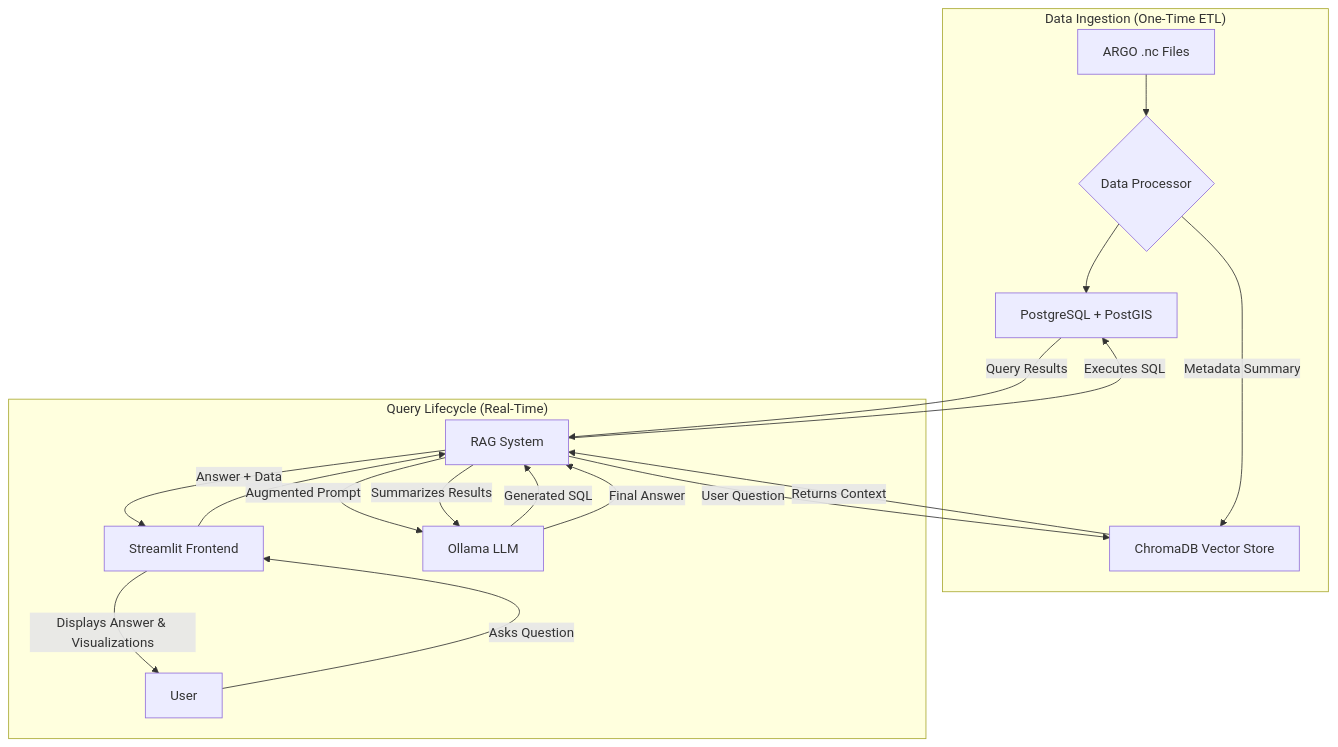
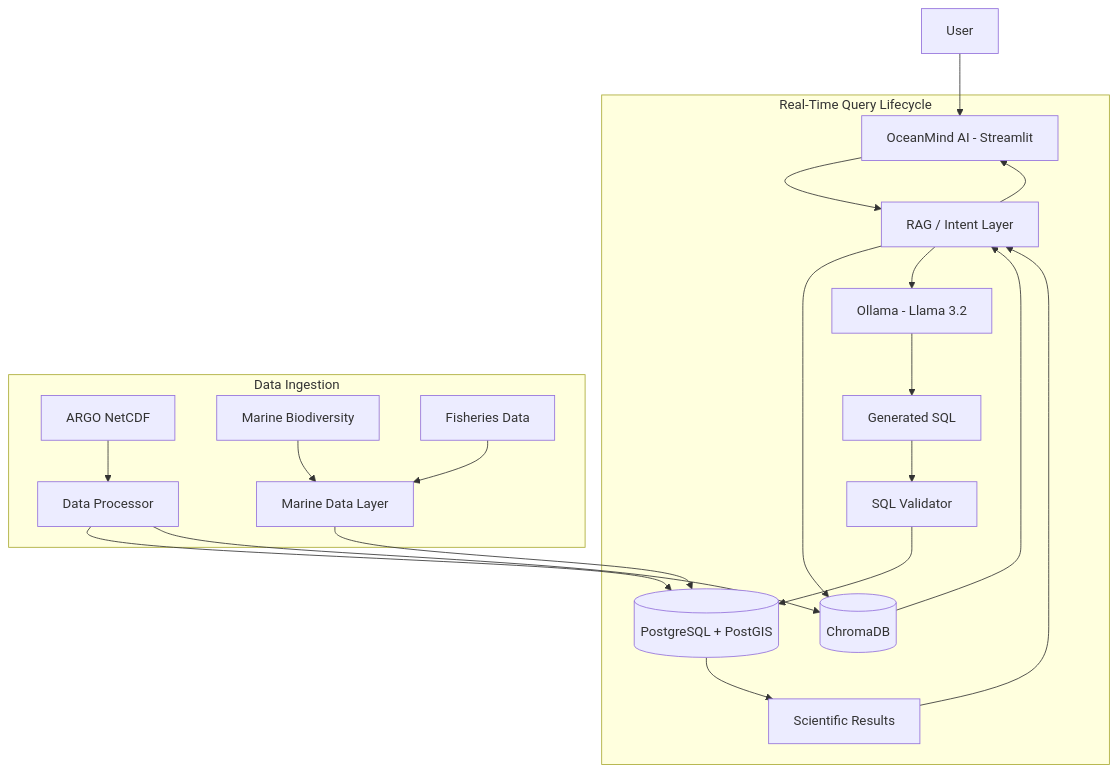
One commit to abishekdvlpr/OceanMind-AI changed the diagram in README.md. Above: the diagram before and after it, drawn with Mermaid. The commit also changed other lines of this file, not shown here.

````diff
--- a/README.md
+++ b/README.md
@@ -39,23 +111,26 @@
 ```mermaid
-graph TD
-    subgraph "Data Ingestion (One-Time ETL)"
-        A[ARGO .nc Files] --> B{Data Processor};
-        B --> C[PostgreSQL + PostGIS];
-        B --> |Metadata Summary| D[ChromaDB Vector Store];
+flowchart TD
+    U[User] --> UI[OceanMind AI - Streamlit]
+
+    subgraph Query_Lifecycle[Real-Time Query Lifecycle]
+        UI --> RAG[RAG / Intent Layer]
+        RAG --> V[(ChromaDB)]
+        V --> RAG
+        RAG --> LLM[Ollama - Llama 3.2]
+        LLM --> SQL[Generated SQL]
+        SQL --> VAL[SQL Validator]
+        VAL --> DB[(PostgreSQL + PostGIS)]
+        DB --> RES[Scientific Results]
+        RES --> RAG
+        RAG --> UI
     end
 
-    subgraph "Query Lifecycle (Real-Time)"
-        U[User] --> |Asks Question| F[Streamlit Frontend];
-        F --> G[RAG System];
-        G --> |User Question| D;
-        D --> |Returns Context| G;
-        G --> |Augmented Prompt| H[Ollama LLM];
-        H --> |Generated SQL| G;
-        G --> |Executes SQL| C;
-        C --> |Query Results| G;
-        G --> |Summarizes Results| H;
-        H --> |Final Answer| G;
-        G --> |Answer + Data| F;
-        F --> |Displays Answer & Visualizations| U;
+    subgraph Data_Layer[Data Ingestion]
+        A[ARGO NetCDF] --> DP[Data Processor]
+        B[Marine Biodiversity] --> MD[Marine Data Layer]
+        C[Fisheries Data] --> MD
+        DP --> DB
+        DP --> V
+        MD --> DB
     end
 ```
````
